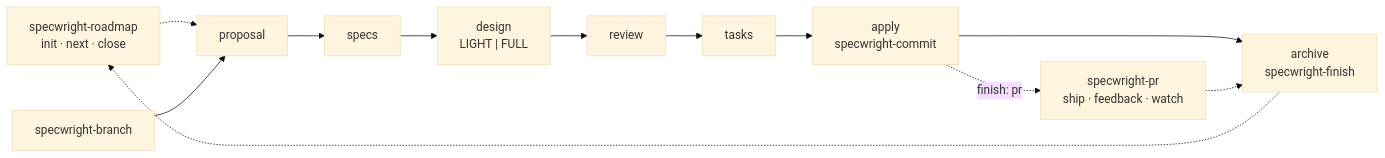
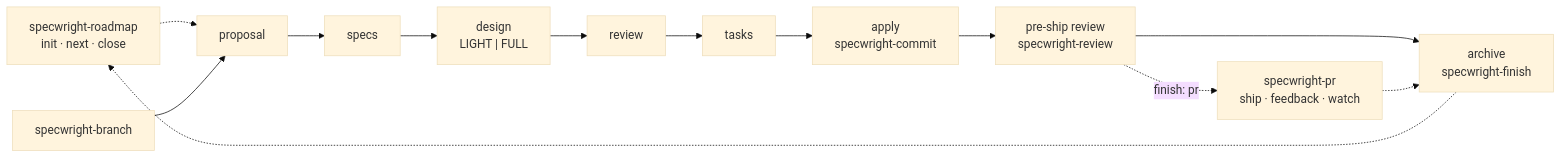
Before and after one commit to sh1ny/specwright: the diagram in README.md, drawn with Mermaid (base theme). The commit also changed other lines of this file and 3 other files, not shown here.

````diff
--- a/README.md
+++ b/README.md
@@ -19,9 +20,9 @@
 ```mermaid
 flowchart LR
     R["specwright-roadmap<br/>init · next · close"] -.-> P
     B["specwright-branch"] --> P[proposal] --> S[specs] --> D["design<br/>LIGHT | FULL"] --> V[review] --> T[tasks]
-    T --> A["apply<br/>specwright-commit"] --> F["archive<br/>specwright-finish"]
-    A -. "finish: pr" .-> PR["specwright-pr<br/>ship · feedback · watch"]
+    T --> A["apply<br/>specwright-commit"] --> Q["pre-ship review<br/>specwright-review"] --> F["archive<br/>specwright-finish"]
+    Q -. "finish: pr" .-> PR["specwright-pr<br/>ship · feedback · watch"]
     PR -.-> F
     F -.-> R
 ```
````
